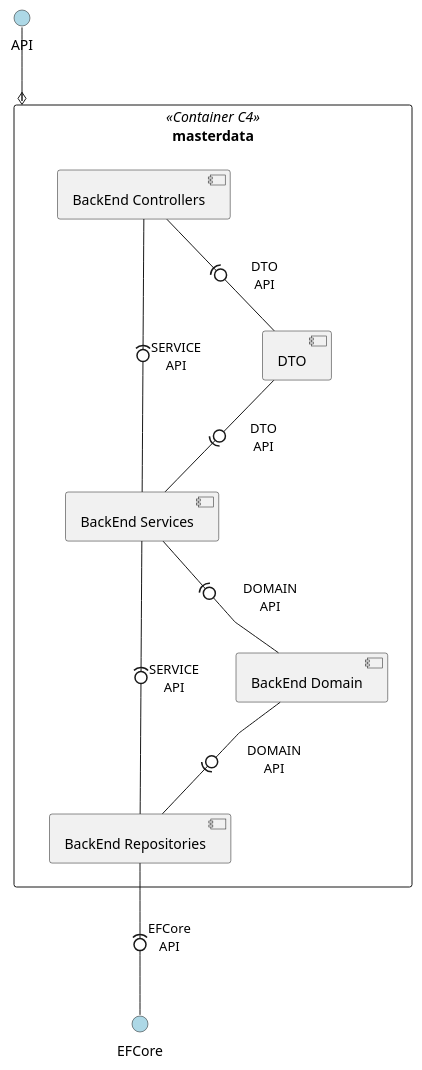
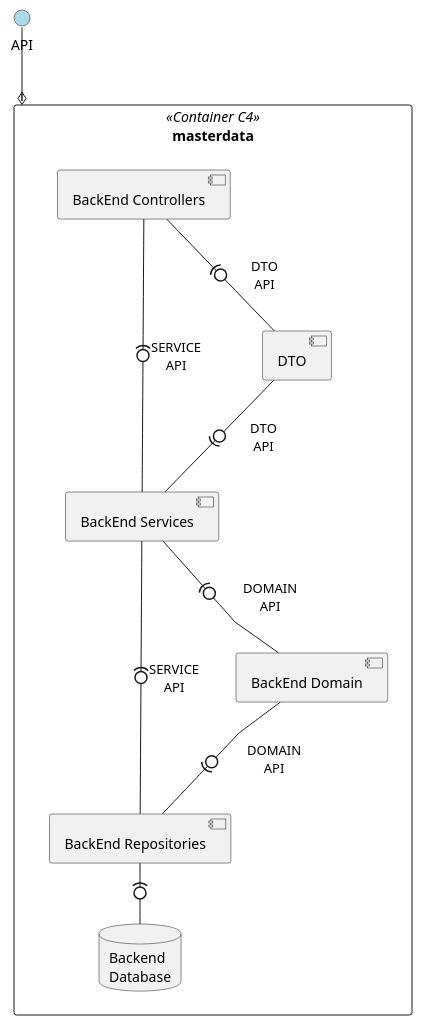
Before and after one commit to BernasDzn/portit: the diagram in docs/sprint_1/global_artifacts/arquitecture/level_4/logic_views/l4_logic_view_1.puml, drawn with PlantUML. The commit also changed 9 other files, not shown here.

```diff
--- a/docs/sprint_1/global_artifacts/arquitecture/level_4/logic_views/l4_logic_view_1.puml
+++ b/docs/sprint_1/global_artifacts/arquitecture/level_4/logic_views/l4_logic_view_1.puml
@@ -1,50 +1,50 @@
 @startuml logicview_n4
 skinparam Linetype polyline
 
-circle "EFCore" as efcore #LightBlue
 circle "API" as api #LightBlue
 
 api --o masterdata
 
 rectangle "Master Data" as masterdata <<Container C4>> {
 	
 	[row 1 empty] as empty1 #red
 	[BackEnd Controllers] as controller
 
 	[BackEnd Services] as service
 	[row 2 empty] as empty2 #red
 
 	[BackEnd Repositories] as repository
 	[row 3 empty] as empty3 #red
 
 	[DTO] as dtos
 	[BackEnd Domain] as domain
-	' database "Backend\nDatabase" as database
+	database "Backend\nDatabase" as database
 
 	hide empty1
 	hide empty2
 	hide empty3
 } 
 
 ' row one 
 controller -d(0- dtos : "DTO\nAPI"
 controller -(0- service : "SERVICE\nAPI"
 empty1 -l- controller
 empty1 -d- dtos
 
 ' row three
 service -u(0- dtos : "DTO\nAPI"
 empty2 -l- service
 empty2 -u- dtos
 
 'row four
 service -d(0- repository : "SERVICE\nAPI"
 service -(0- domain : "DOMAIN\nAPI"
 repository -u(0- domain : "DOMAIN\nAPI"
 empty3 -l- repository
 empty2 -d- domain
 empty3 -u- domain
 
-repository -d(0- efcore : "EFCore\nAPI"
+repository -d(0- database
+
 
 @enduml
```
